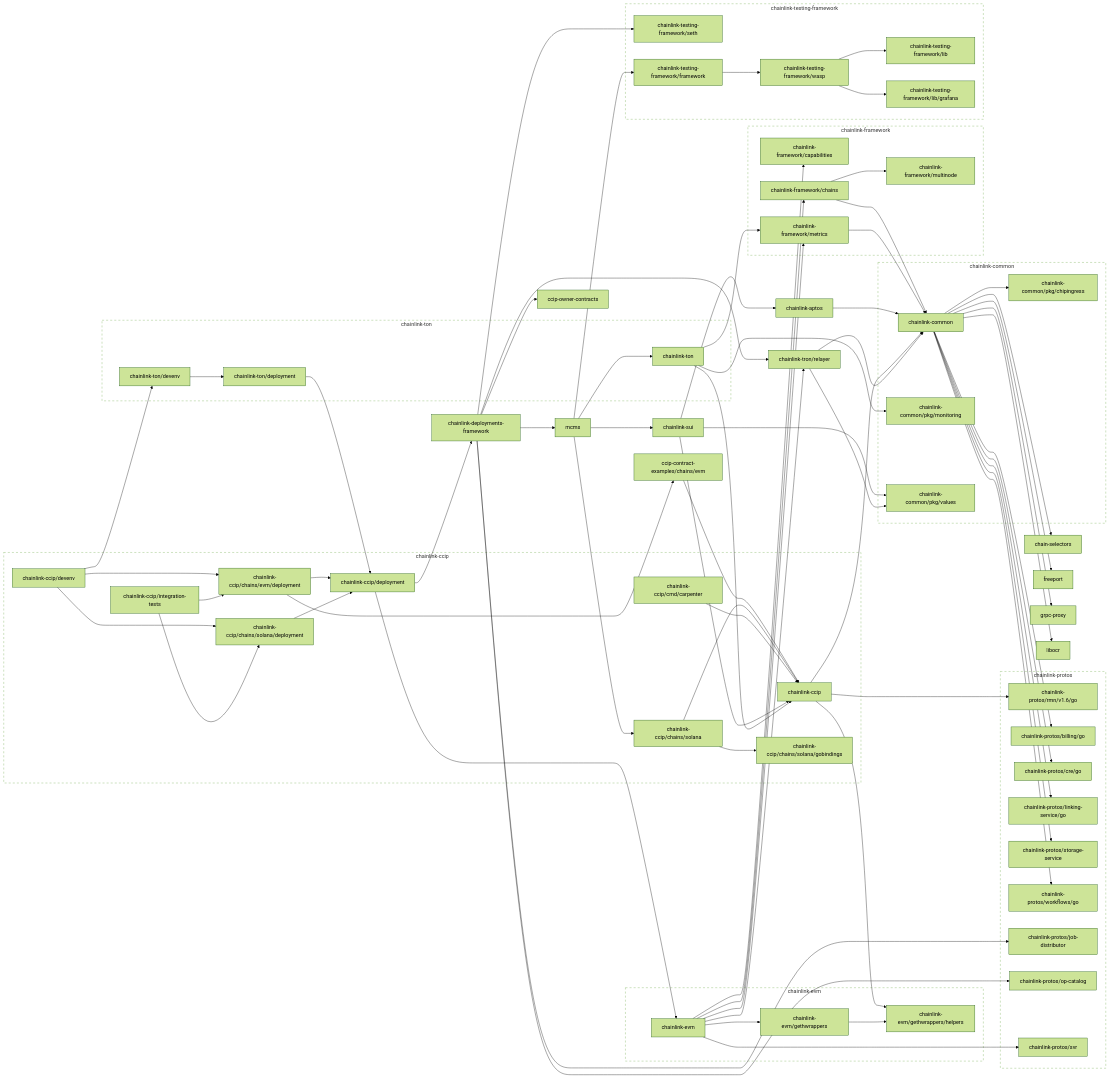
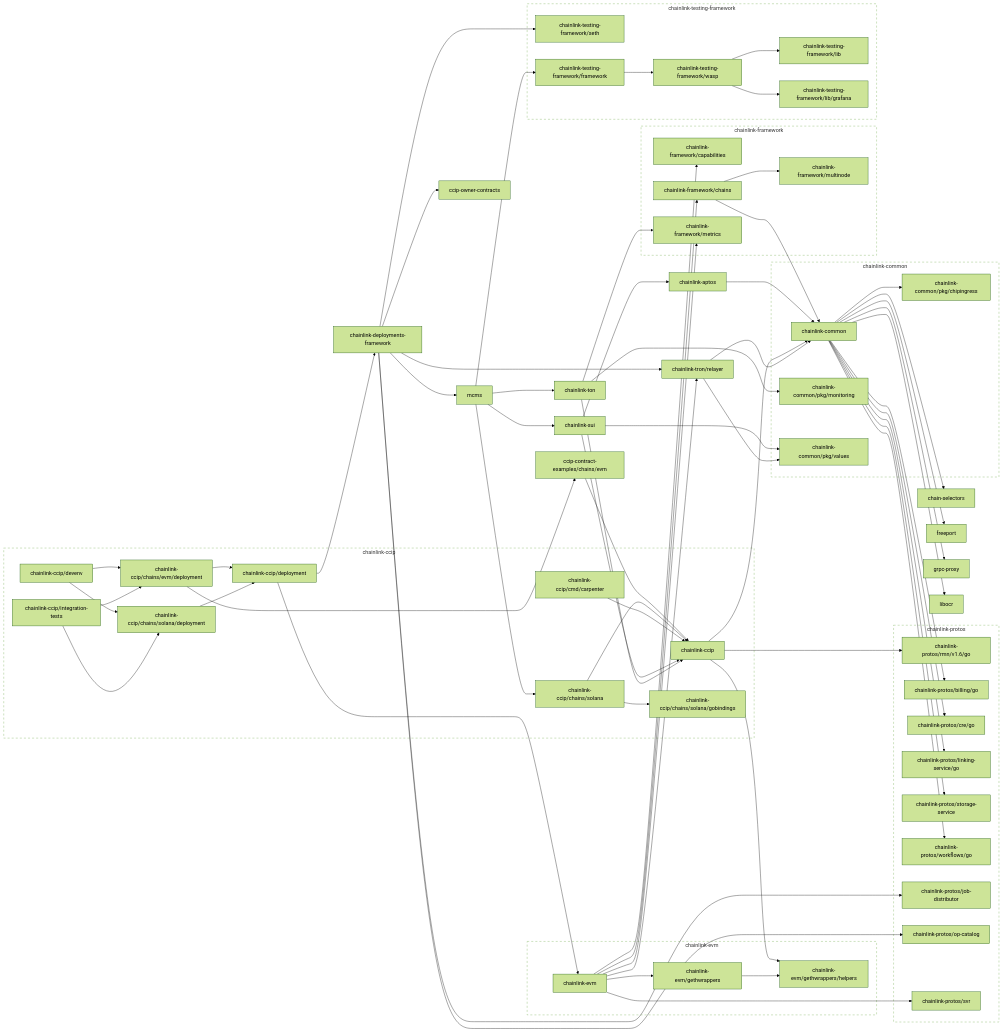
Before and after one commit to smartcontractkit/chainlink-ccip: the second of 2 diagrams in go.md, drawn with Mermaid (forest theme).

Commit message:
generate

````diff
--- a/go.md
+++ b/go.md
@@ -95,7 +95,6 @@
 	click chainlink-ccip/deployment href "https://github.com/smartcontractkit/chainlink-ccip"
 	chainlink-ccip/devenv --> chainlink-ccip/chains/evm/deployment
 	chainlink-ccip/devenv --> chainlink-ccip/chains/solana/deployment
-	chainlink-ccip/devenv --> chainlink-ton/devenv
 	click chainlink-ccip/devenv href "https://github.com/smartcontractkit/chainlink-ccip"
 	chainlink-ccip/integration-tests --> chainlink-ccip/chains/evm/deployment
 	chainlink-ccip/integration-tests --> chainlink-ccip/chains/solana/deployment
@@ -140,7 +139,7 @@
 	chainlink-framework/chains --> chainlink-common
 	chainlink-framework/chains --> chainlink-framework/multinode
 	click chainlink-framework/chains href "https://github.com/smartcontractkit/chainlink-framework"
-	chainlink-framework/metrics --> chainlink-common
+	chainlink-framework/metrics
 	click chainlink-framework/metrics href "https://github.com/smartcontractkit/chainlink-framework"
 	chainlink-framework/multinode
 	click chainlink-framework/multinode href "https://github.com/smartcontractkit/chainlink-framework"
@@ -181,10 +180,6 @@
 	chainlink-ton --> chainlink-common/pkg/monitoring
 	chainlink-ton --> chainlink-framework/metrics
 	click chainlink-ton href "https://github.com/smartcontractkit/chainlink-ton"
-	chainlink-ton/deployment --> chainlink-ccip/deployment
-	click chainlink-ton/deployment href "https://github.com/smartcontractkit/chainlink-ton"
-	chainlink-ton/devenv --> chainlink-ton/deployment
-	click chainlink-ton/devenv href "https://github.com/smartcontractkit/chainlink-ton"
 	chainlink-tron/relayer --> chainlink-common
 	chainlink-tron/relayer --> chainlink-common/pkg/values
 	click chainlink-tron/relayer href "https://github.com/smartcontractkit/chainlink-tron"
@@ -258,13 +253,6 @@
 	end
 	click chainlink-testing-framework-repo href "https://github.com/smartcontractkit/chainlink-testing-framework"
 
-	subgraph chainlink-ton-repo[chainlink-ton]
-		 chainlink-ton
-		 chainlink-ton/deployment
-		 chainlink-ton/devenv
-	end
-	click chainlink-ton-repo href "https://github.com/smartcontractkit/chainlink-ton"
-
 	classDef outline stroke-dasharray:6,fill:none;
-	class chainlink-ccip-repo,chainlink-common-repo,chainlink-evm-repo,chainlink-framework-repo,chainlink-protos-repo,chainlink-testing-framework-repo,chainlink-ton-repo outline
+	class chainlink-ccip-repo,chainlink-common-repo,chainlink-evm-repo,chainlink-framework-repo,chainlink-protos-repo,chainlink-testing-framework-repo outline
 ```
````
